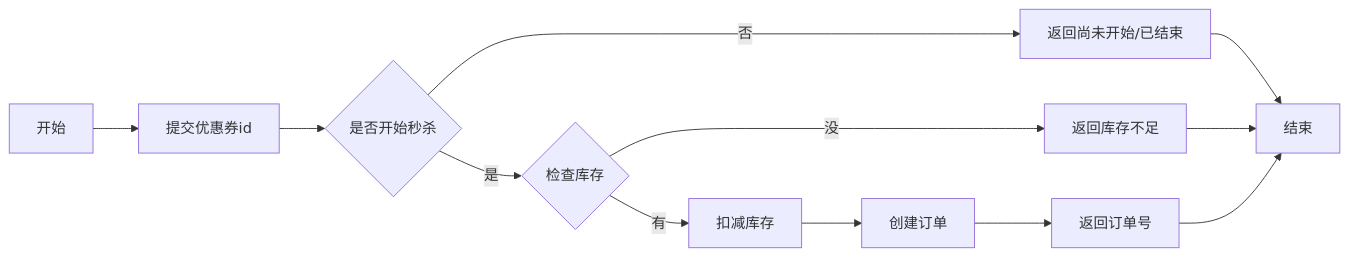
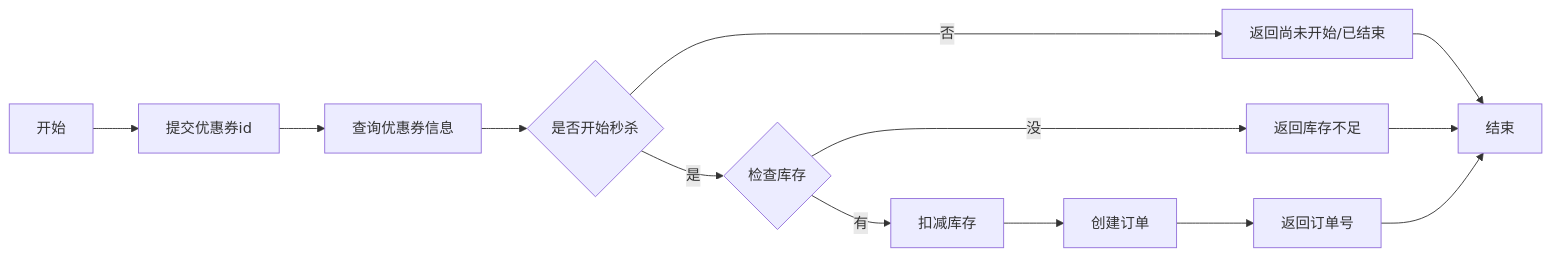
Before and after one commit to feed981/e01: the first of 6 diagrams in README.md, drawn with Mermaid. The commit also changed other lines of this file, not shown here.

````diff
--- a/README.md
+++ b/README.md
@@ -287,19 +286,20 @@
 ```mermaid 
 flowchart LR
     A[开始] --> B[提交优惠券id]
-    B --> C{是否开始秒杀}
+    B --> K[查询优惠券信息]
+    K --> C{是否开始秒杀}
     C -->|是| D{检查库存}
     C -->|否| E[返回尚未开始/已结束]
 
     E --> J
 
     D -->|没| F[返回库存不足]
     D -->|有| G[扣减库存]
 
     F --> J
 
     G --> H[创建订单]
     H --> I[返回订单号]
     
     I --> J[结束]
 ```
````
